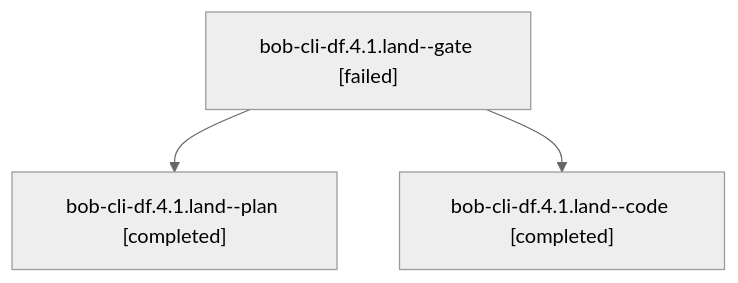
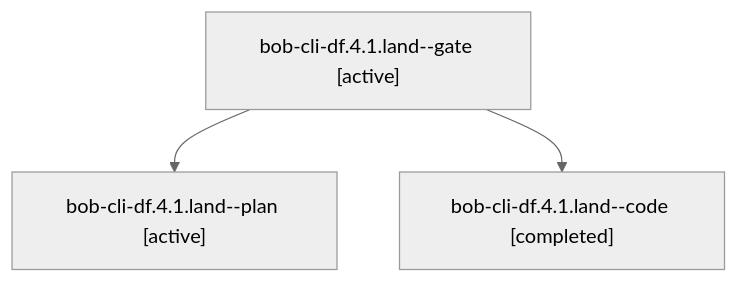
Before and after one commit to bobs-org/bob-cli--agents: the diagram in sessions/bbugyi200.athena.bob-cli-df.4.1.land.md, drawn with Mermaid (neutral theme). The commit also changed other lines of this file and 128 other files, not shown here.

````diff
--- a/sessions/bbugyi200.athena.bob-cli-df.4.1.land.md
+++ b/sessions/bbugyi200.athena.bob-cli-df.4.1.land.md
@@ -9,8 +9,8 @@
 ```mermaid
 flowchart TD
-  n0["bob-cli-df.4.1.land--gate [failed]"]
-  n1["bob-cli-df.4.1.land--plan [completed]"]
+  n0["bob-cli-df.4.1.land--gate [active]"]
+  n1["bob-cli-df.4.1.land--plan [active]"]
   n0 --> n1
   n2["bob-cli-df.4.1.land--code [completed]"]
   n0 --> n2
 ```
````
